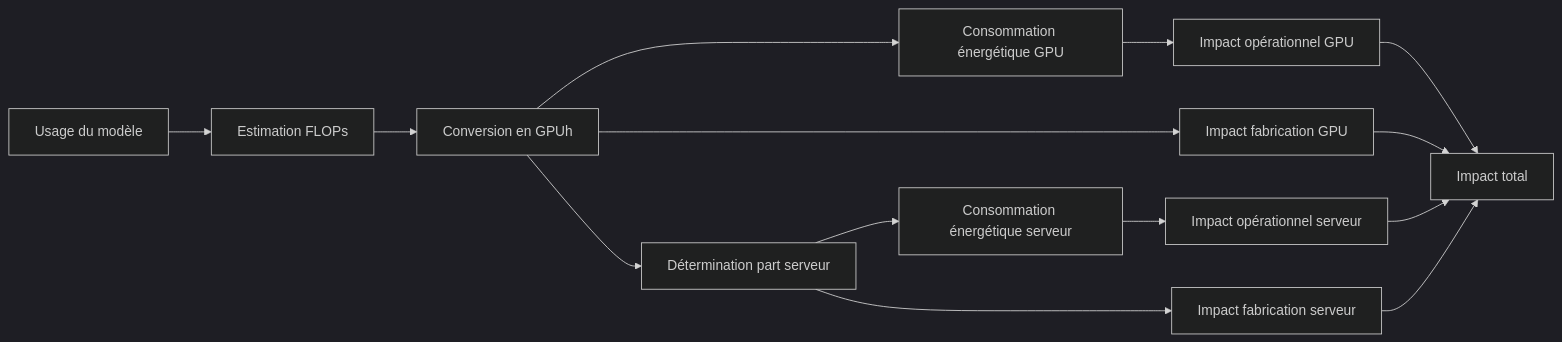
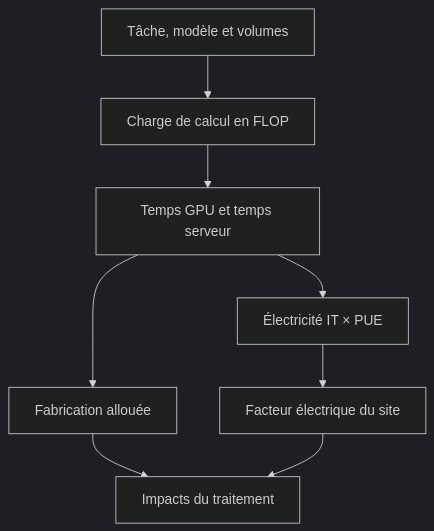
The diagram in docs/cas-d-usage/services/ia-generative.md (digital4better/methodology), drawn with Mermaid (dark theme) before and after one commit. The commit also changed other lines of this file and 193 other files, not shown here.

````diff
--- a/docs/cas-d-usage/services/ia-generative.md
+++ b/docs/cas-d-usage/services/ia-generative.md
@@ -60,16 +17,14 @@
 ```mermaid
-flowchart LR
-A[Usage du modèle] --> B[Estimation FLOPs]
-B --> C[Conversion en GPUh]
-C --> D[Consommation énergétique GPU]
-D --> E[Impact opérationnel GPU]
-C --> F[Impact fabrication GPU]
-C --> C'[Détermination part serveur]
-C' --> D'[Consommation énergétique serveur]
-D' --> E'[Impact opérationnel serveur]
-C' --> F'[Impact fabrication serveur]
-F --> G[Impact total]
-F' --> G
-E --> G
-E' --> G
+flowchart TD
+    A["Tâche, modèle et volumes"] --> B["Charge de calcul en FLOP"]
+    B --> C["Temps GPU et temps serveur"]
+    C --> D["Électricité IT × PUE"]
+    C --> E["Fabrication allouée"]
+    D --> F["Facteur électrique du site"]
+    E --> G["Impacts du traitement"]
+    F --> G
+    class A,B d4b-blue
+    class C,G d4b-navy
+    class D,F d4b-coral
+    class E d4b-sand
 ```
````
